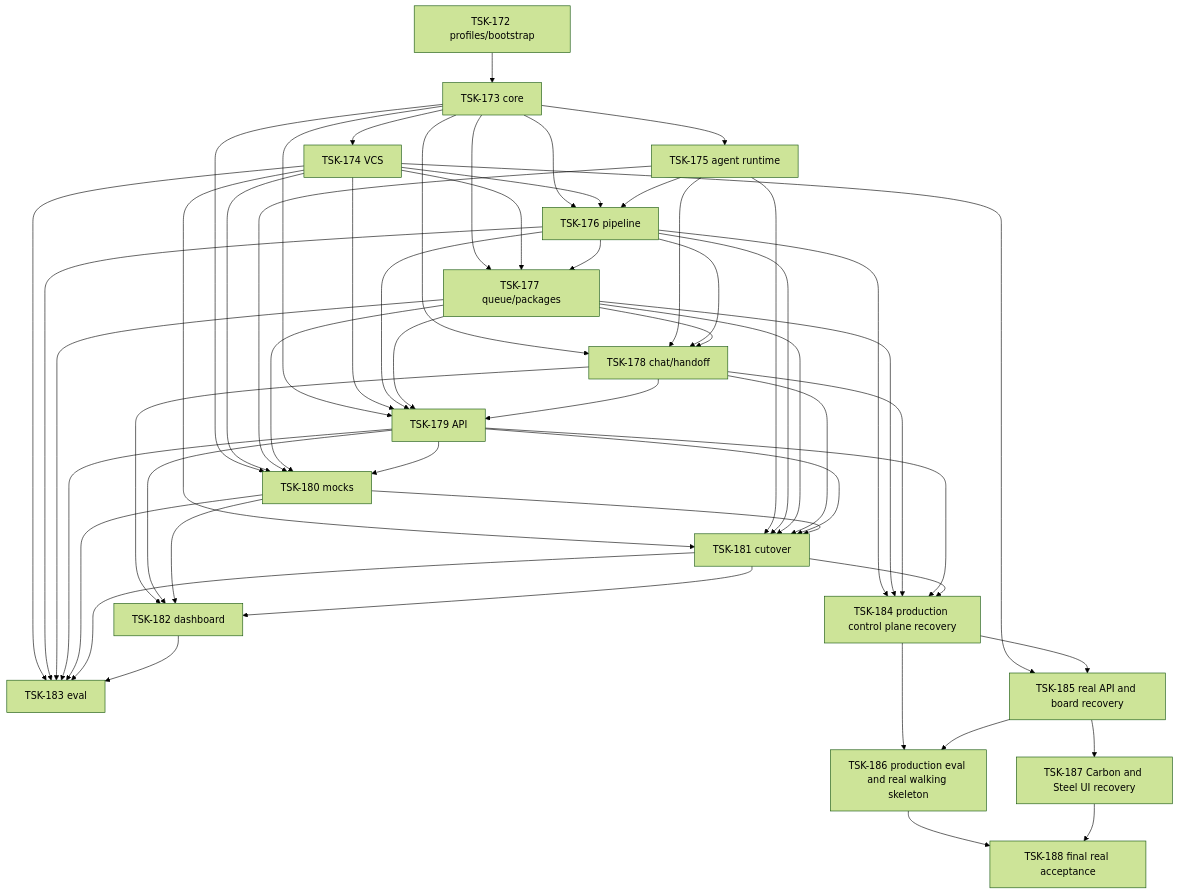
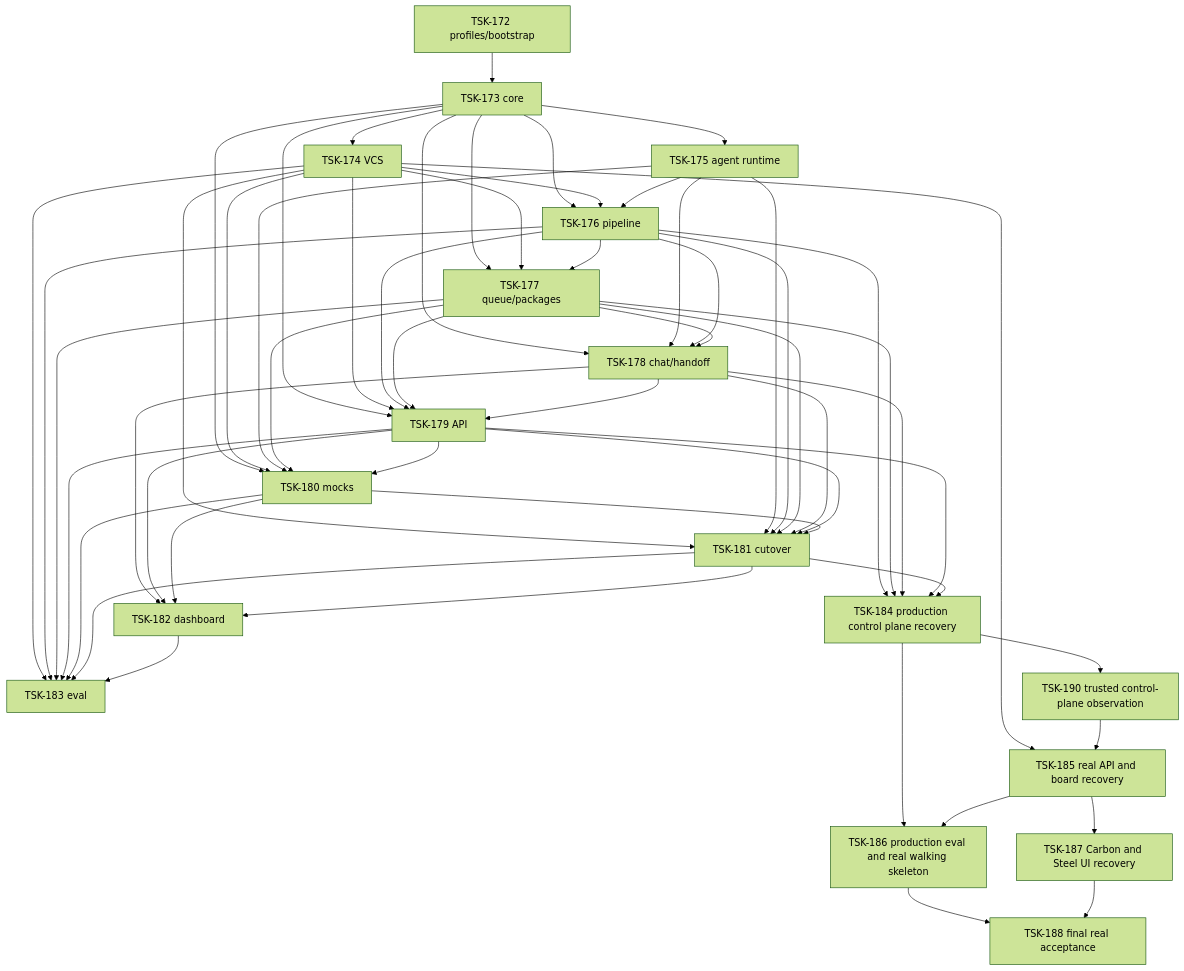
One commit to RubaXa/gennady changed the diagram in tasks/agent-inbox/README.md. Above: the diagram before and after it, drawn with Mermaid (forest theme). The commit also changed other lines of this file and 24 other files, not shown here.

First line of the commit message:
wip(agent-inbox): unified PipelineRuntime control plane + recovery DAG (codex)

````diff
--- a/tasks/agent-inbox/README.md
+++ b/tasks/agent-inbox/README.md
@@ -26,56 +26,57 @@
 ```mermaid
 graph TD
   T172[TSK-172 profiles/bootstrap] --> T173[TSK-173 core]
   T173 --> T174[TSK-174 VCS]
   T173 --> T175[TSK-175 agent runtime]
   T173 --> T176[TSK-176 pipeline]
   T174 --> T176
   T175 --> T176
   T173 --> T177[TSK-177 queue/packages]
   T174 --> T177
   T176 --> T177
   T173 --> T178[TSK-178 chat/handoff]
   T175 --> T178
   T176 --> T178
   T177 --> T178
   T173 --> T179[TSK-179 API]
   T174 --> T179
   T176 --> T179
   T177 --> T179
   T178 --> T179
   T173 --> T180[TSK-180 mocks]
   T174 --> T180
   T175 --> T180
   T177 --> T180
   T179 --> T180
   T174 --> T181[TSK-181 cutover]
   T175 --> T181
   T176 --> T181
   T177 --> T181
   T178 --> T181
   T179 --> T181
   T180 --> T181
   T178 --> T182[TSK-182 dashboard]
   T179 --> T182
   T180 --> T182
   T181 --> T182
   T174 --> T183[TSK-183 eval]
   T176 --> T183
   T177 --> T183
   T179 --> T183
   T180 --> T183
   T181 --> T183
   T182 --> T183
   T176 --> T184[TSK-184 production control plane recovery]
   T177 --> T184
   T178 --> T184
   T179 --> T184
   T181 --> T184
+  T184 --> T190[TSK-190 trusted control-plane observation]
   T174 --> T185[TSK-185 real API and board recovery]
-  T184 --> T185
+  T190 --> T185
   T184 --> T186[TSK-186 production eval and real walking skeleton]
   T185 --> T186
   T185 --> T187[TSK-187 Carbon and Steel UI recovery]
   T186 --> T188[TSK-188 final real acceptance]
   T187 --> T188
 ```
````
